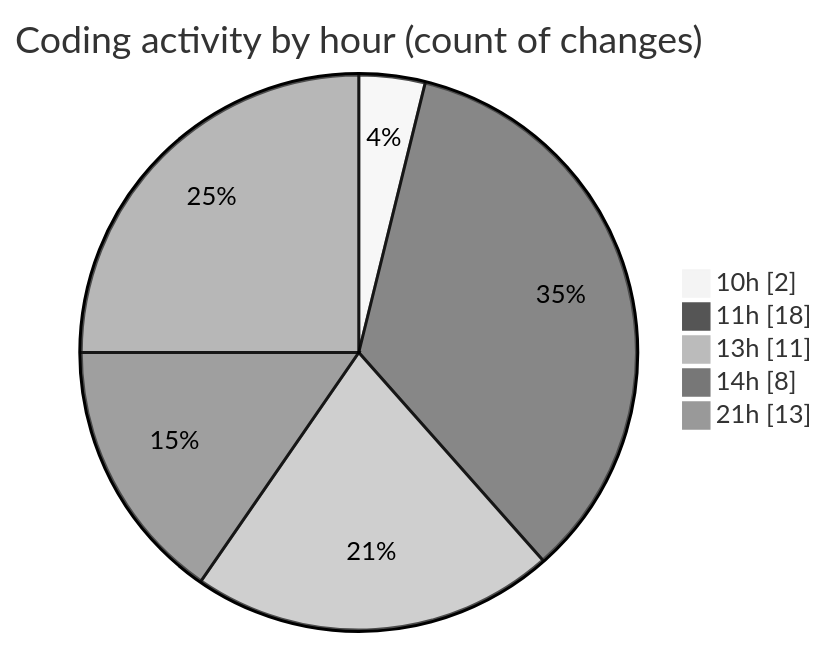
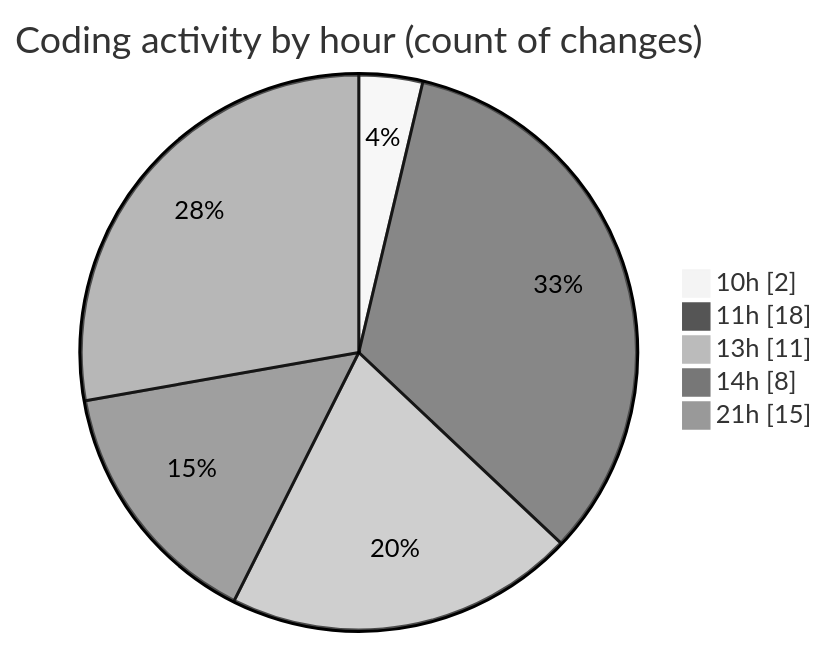
The second of 2 diagrams in 2025-03-17/myws__workspace_/README.md (MatusMokan/code-tracking), drawn with Mermaid (neutral theme) before and after one commit. The commit also changed other lines of this file and 1 other file, not shown here.

````diff
--- a/2025-03-17/myws__workspace_/README.md
+++ b/2025-03-17/myws__workspace_/README.md
@@ -34,9 +34,9 @@
 ```mermaid
 pie showData
 title Coding activity by hour (count of changes)
 "10h" : 2
 "11h" : 18
 "13h" : 11
 "14h" : 8
-"21h" : 13
+"21h" : 15
 ```
````
